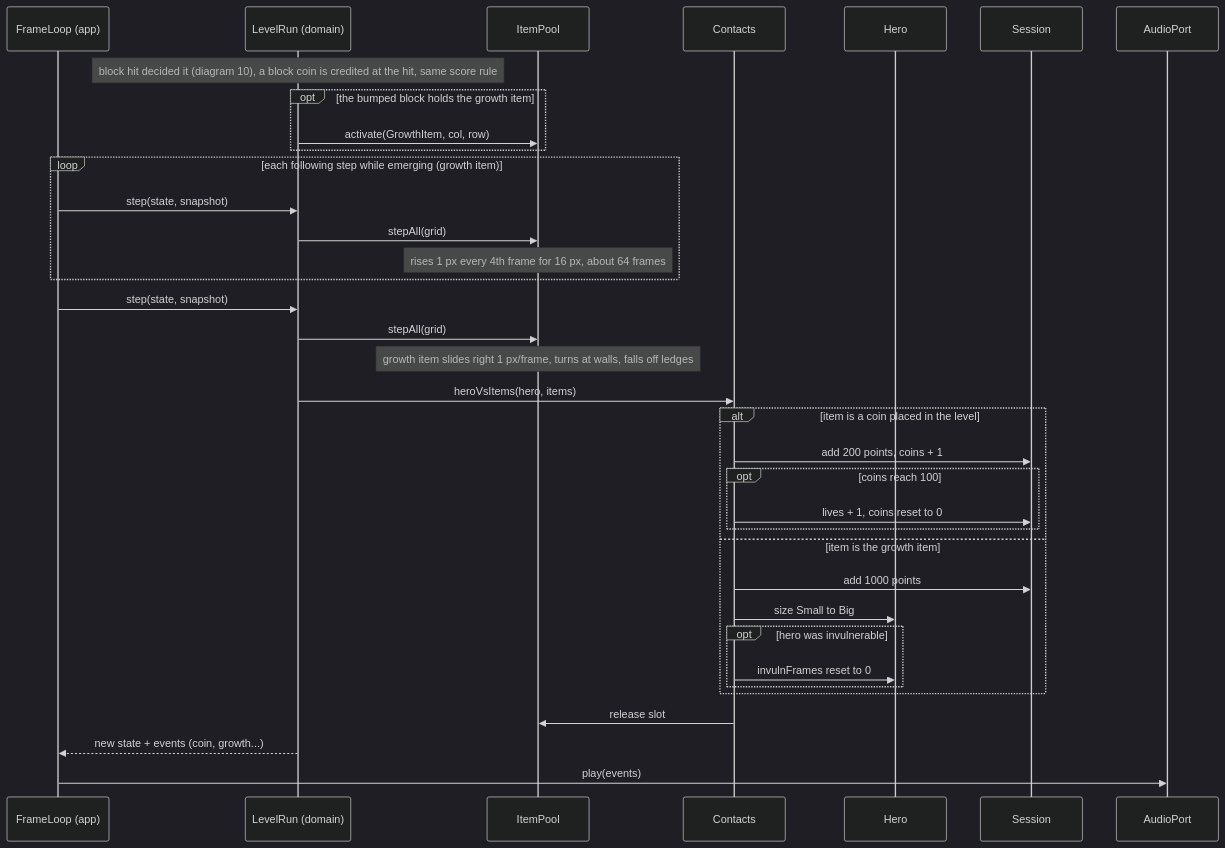
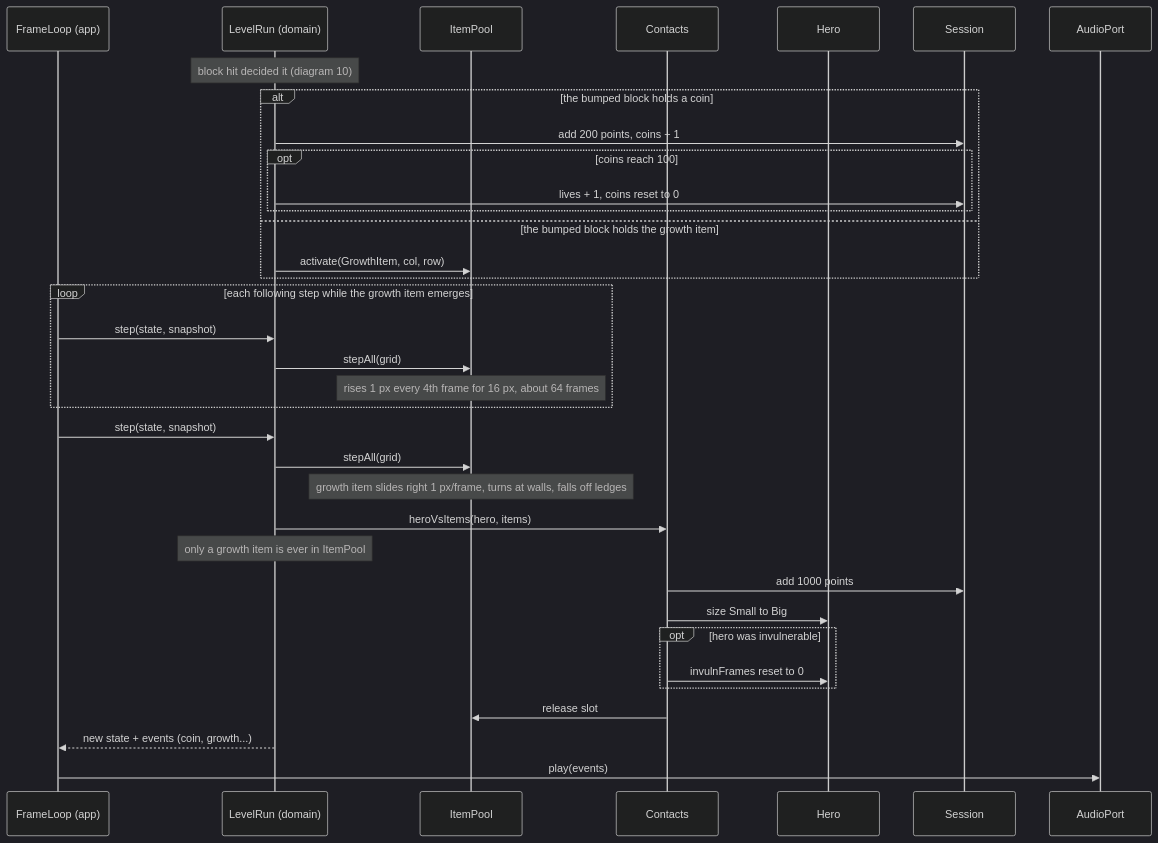
Before and after one commit to benoit-bremaud/retro-plumber: the diagram in docs/architecture/diagrams/gameplay/11-sequence-item-pickup.md, drawn with Mermaid (dark theme). The commit also changed other lines of this file and 1 other file, not shown here.

Commit message:
docs(uml): address third Codex review on sequences 10, 11 (#7)

````diff
--- a/docs/architecture/diagrams/gameplay/11-sequence-item-pickup.md
+++ b/docs/architecture/diagrams/gameplay/11-sequence-item-pickup.md
@@ -13,38 +13,37 @@
 ```mermaid
 sequenceDiagram
     participant FL as FrameLoop (app)
     participant LR as LevelRun (domain)
     participant IP as ItemPool
     participant Ct as Contacts
     participant H as Hero
     participant Sess as Session
     participant Snd as AudioPort
-    Note over LR: block hit decided it (diagram 10), a block coin is credited at the hit, same score rule
-    opt the bumped block holds the growth item
+    Note over LR: block hit decided it (diagram 10)
+    alt the bumped block holds a coin
+        LR->>Sess: add 200 points, coins + 1
+        opt coins reach 100
+            LR->>Sess: lives + 1, coins reset to 0
+        end
+    else the bumped block holds the growth item
         LR->>IP: activate(GrowthItem, col, row)
     end
-    loop each following step while emerging (growth item)
+    loop each following step while the growth item emerges
         FL->>LR: step(state, snapshot)
         LR->>IP: stepAll(grid)
         Note over IP: rises 1 px every 4th frame for 16 px, about 64 frames
     end
     FL->>LR: step(state, snapshot)
     LR->>IP: stepAll(grid)
     Note over IP: growth item slides right 1 px/frame, turns at walls, falls off ledges
     LR->>Ct: heroVsItems(hero, items)
-    alt item is a coin placed in the level
-        Ct->>Sess: add 200 points, coins + 1
-        opt coins reach 100
-            Ct->>Sess: lives + 1, coins reset to 0
-        end
-    else item is the growth item
-        Ct->>Sess: add 1000 points
-        Ct->>H: size Small to Big
-        opt hero was invulnerable
-            Ct->>H: invulnFrames reset to 0
-        end
+    Note over LR: only a growth item is ever in ItemPool
+    Ct->>Sess: add 1000 points
+    Ct->>H: size Small to Big
+    opt hero was invulnerable
+        Ct->>H: invulnFrames reset to 0
     end
     Ct->>IP: release slot
     LR-->>FL: new state + events (coin, growth...)
     FL->>Snd: play(events)
 ```
````
